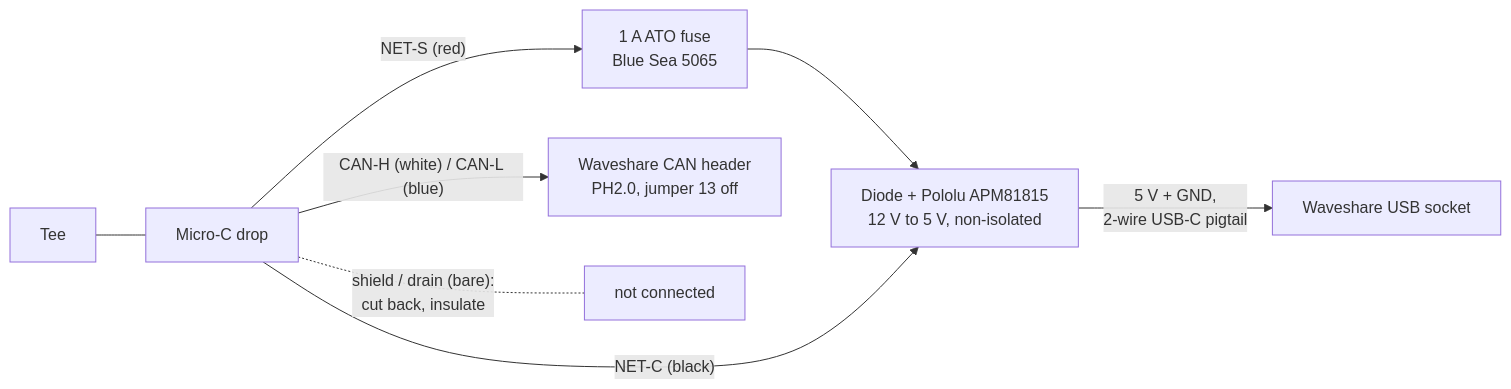
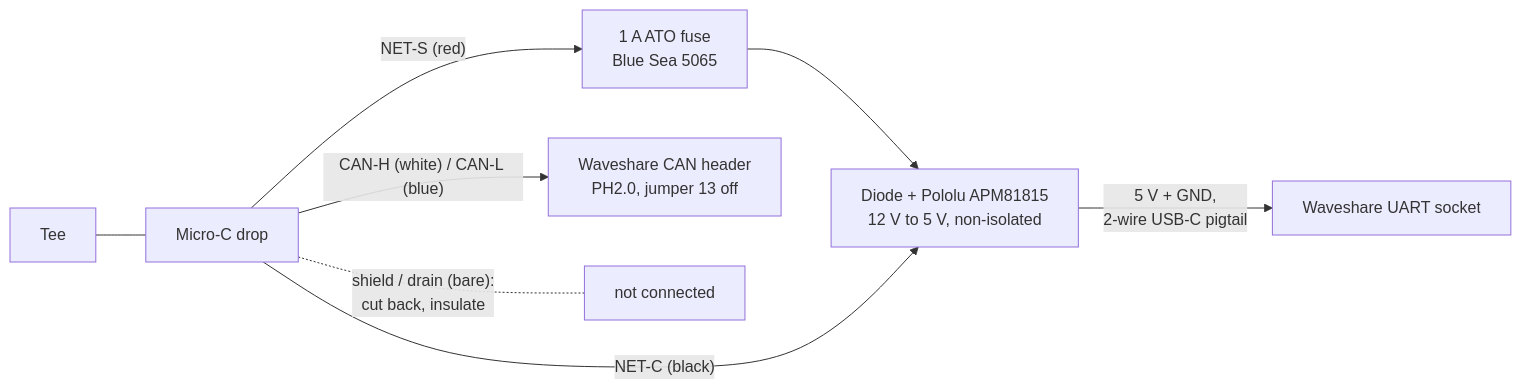
The second of 2 diagrams in docs/19-n2k-backbone-install.md (l-m-y-c/boat-terminal), drawn with Mermaid before and after one commit. The commit also changed other lines of this file and 3 other files, not shown here.

Commit message:
Docs: power via the UART socket in NMEA 2000 mode, isolation rule, boat test checklist 2026-10-28

````diff
--- a/docs/19-n2k-backbone-install.md
+++ b/docs/19-n2k-backbone-install.md
@@ -132,9 +132,9 @@
 ```mermaid
 flowchart LR
     TEE[Tee] --- DROP[Micro-C drop]
     DROP -- "NET-S (red)" --> FUSE[1 A ATO fuse<br/>Blue Sea 5065] --> DCDC[Diode + Pololu APM81815<br/>12 V to 5 V, non-isolated]
     DROP -- "NET-C (black)" --> DCDC
-    DCDC -- "5 V + GND,<br/>2-wire USB-C pigtail" --> USB[Waveshare USB socket]
+    DCDC -- "5 V + GND,<br/>2-wire USB-C pigtail" --> USB[Waveshare UART socket]
     DROP -- "CAN-H (white) / CAN-L (blue)" --> CAN[Waveshare CAN header<br/>PH2.0, jumper 13 off]
     DROP -. "shield / drain (bare):<br/>cut back, insulate" .- X[not connected]
 ```
````
